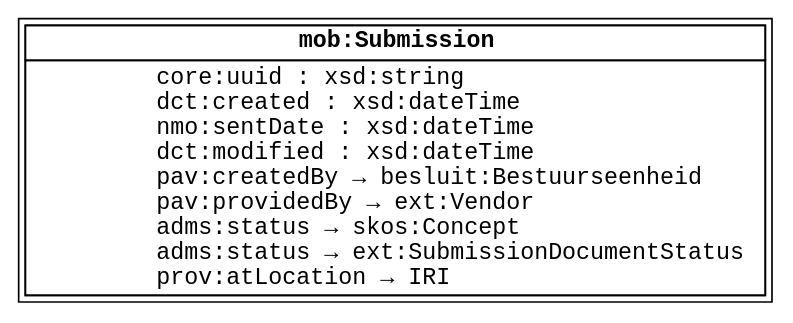
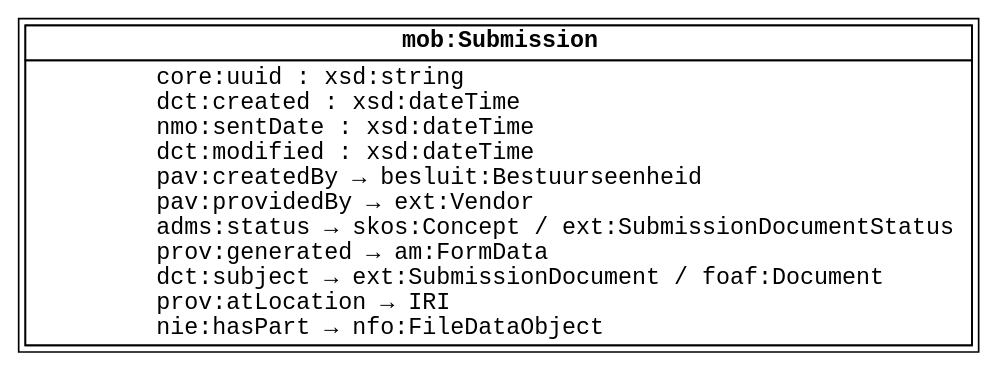
The diagram in DiagramsSource/meldingsplicht-sparql.dot (lblod/pages-vendors), drawn with Graphviz before and after one commit. The commit also changed 1 other file, not shown here.

Commit message:
Diagrams: added forgotten properties

```diff
--- a/DiagramsSource/meldingsplicht-sparql.dot
+++ b/DiagramsSource/meldingsplicht-sparql.dot
@@ -1,26 +1,28 @@
 digraph SubmissionData {
   node [shape="box", peripheries=2, margin=0, fontname="Monospace"];
   edge [fontname="Monospace"]
   rankdir="LR"
 
   Submission [label=<
     <table border="0" cellspacing="0" cellborder="1">
       <tr>
         <td><b>mob:Submission</b></td>
       </tr>
       <tr>
         <td balign="left">
           core:uuid : xsd:string <br/>
           dct:created : xsd:dateTime <br/>
           nmo:sentDate : xsd:dateTime <br/>
           dct:modified : xsd:dateTime <br/>
           pav:createdBy → besluit:Bestuurseenheid <br/>
           pav:providedBy → ext:Vendor <br/>
-          adms:status → skos:Concept <br/>
-          adms:status → ext:SubmissionDocumentStatus <br/>
-          prov:atLocation → IRI
+          adms:status → skos:Concept / ext:SubmissionDocumentStatus <br/>
+          prov:generated → am:FormData <br />
+          dct:subject → ext:SubmissionDocument / foaf:Document <br />
+          prov:atLocation → IRI <br />
+          nie:hasPart → nfo:FileDataObject
         </td>
       </tr>
     </table>
   >];
 }
```
